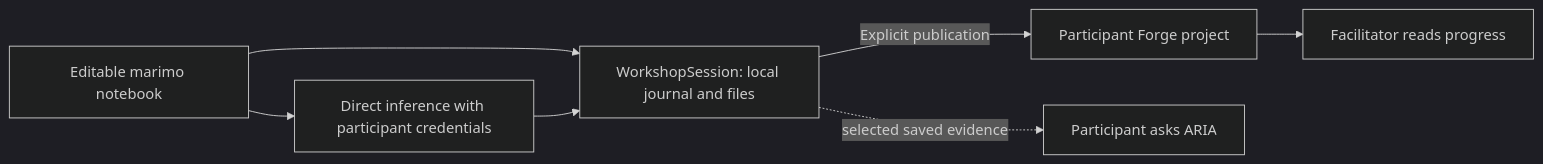
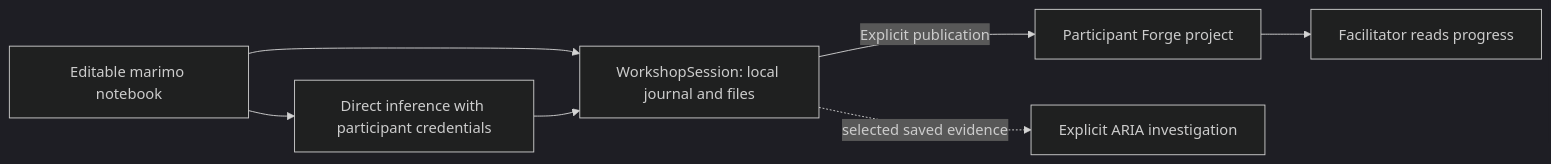
Before and after one commit to ash0ts/forge-workshop-kit: the first of 4 diagrams in techspec.md, drawn with Mermaid (dark theme). The commit also changed other lines of this file and 110 other files, not shown here.

````diff
--- a/techspec.md
+++ b/techspec.md
@@ -9,9 +9,9 @@
 ```mermaid
 flowchart LR
     Notebook[Editable marimo notebook] --> Local[WorkshopSession: local journal and files]
     Notebook --> Inference[Direct inference with participant credentials]
     Inference --> Local
     Local -->|Explicit publication| Forge[Participant Forge project]
     Forge --> Monitor[Facilitator reads progress]
-    Local -. selected saved evidence .-> ARIA[Participant asks ARIA]
+    Local -. selected saved evidence .-> ARIA[Explicit ARIA investigation]
 ```
````
